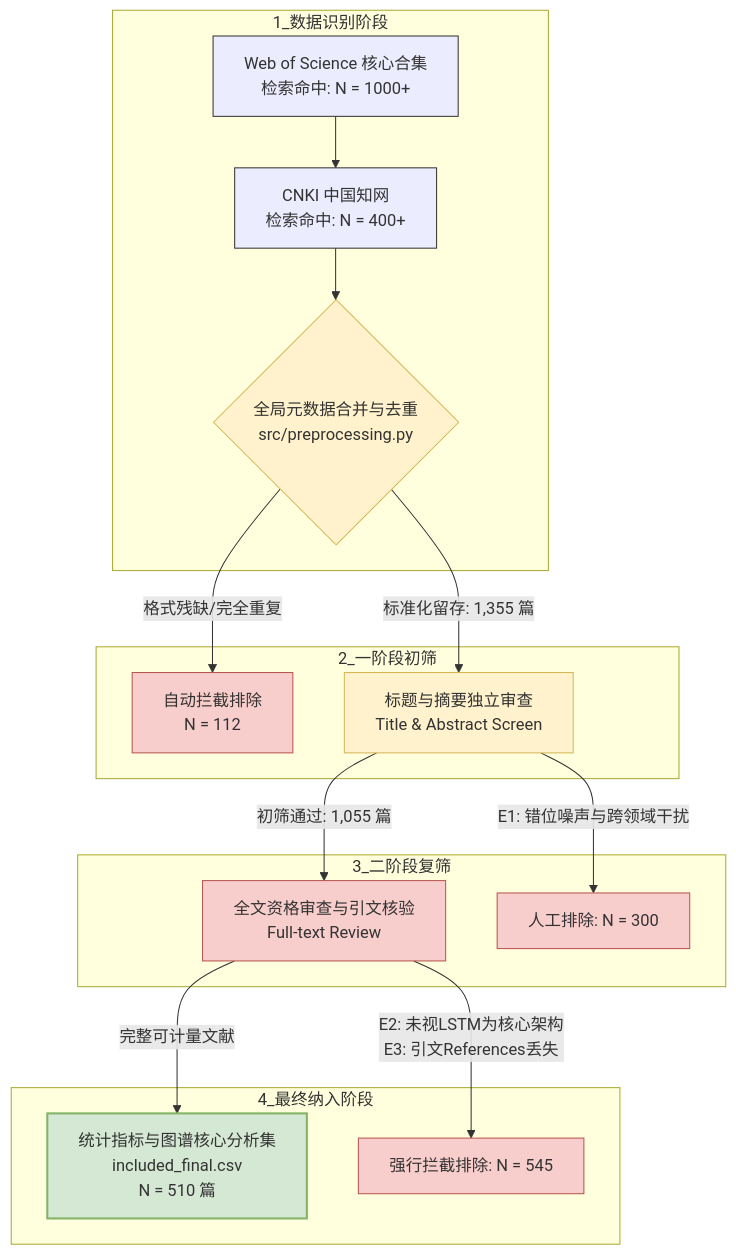
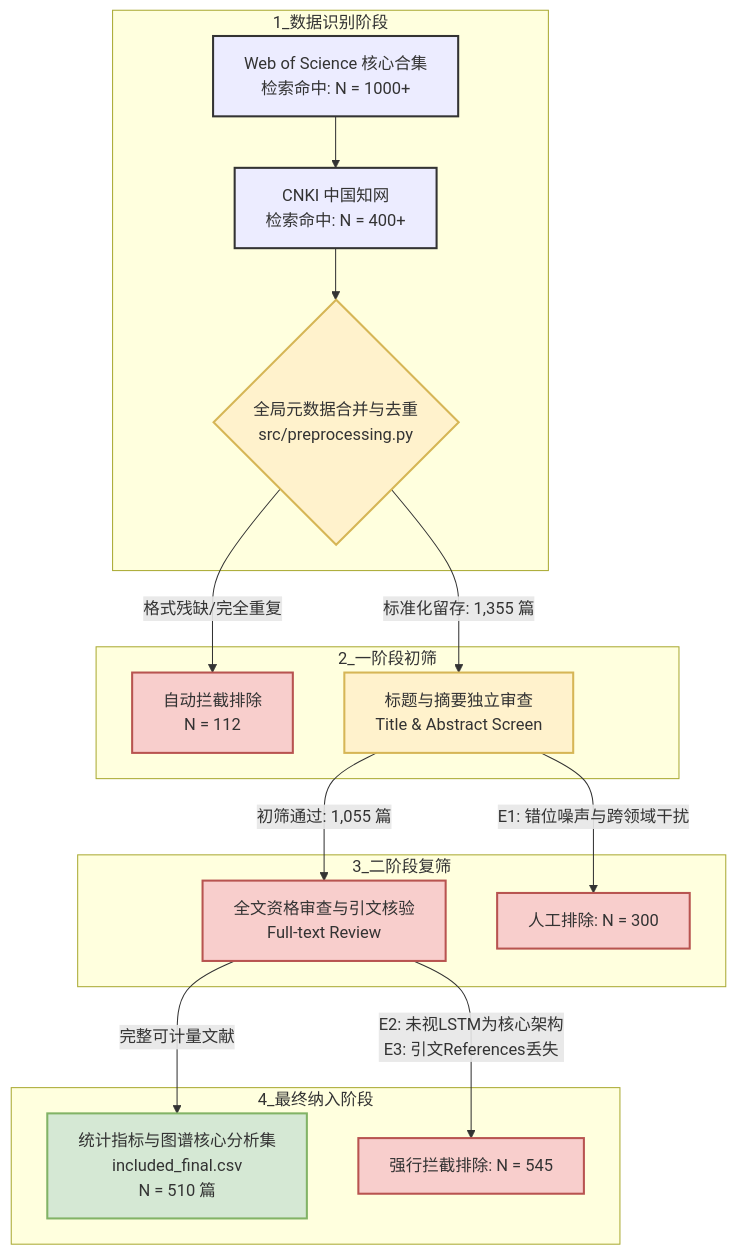
Before and after one commit to ro111Doc/EnergySys-AI-Trends: the diagram in README.md, drawn with Mermaid. The commit also changed other lines of this file, not shown here.

````diff
--- a/README.md
+++ b/README.md
@@ -146,35 +123,34 @@
 ```mermaid
 graph TD
     %% 样式定义
-    style A fill:#ececff,stroke:#333,stroke-width:1px;
-    style B fill:#ececff,stroke:#333,stroke-width:1px;
-    style C fill:#fff2cc,stroke:#d6b656,stroke-width:1px;
-    style D fill:#f8cecc,stroke:#b85450,stroke-width:1px;
-    style E fill:#fff2cc,stroke:#d6b656,stroke-width:1px;
-    style F fill:#f8cecc,stroke:#b85450,stroke-width:1px;
+    style A fill:#ececff,stroke:#333,stroke-width:2px;
+    style B fill:#ececff,stroke:#333,stroke-width:2px;
+    style C fill:#fff2cc,stroke:#d6b656,stroke-width:2px;
+    style D fill:#f8cecc,stroke:#b85450,stroke-width:2px;
+    style E fill:#fff2cc,stroke:#d6b656,stroke-width:2px;
+    style F fill:#f8cecc,stroke:#b85450,stroke-width:2px;
     style G fill:#d5e8d4,stroke:#82b366,stroke-width:2px;
-    style H fill:#f8cecc,stroke:#b85450,stroke-width:1px;
-    style I fill:#f8cecc,stroke:#b85450,stroke-width:1px;
+    style H fill:#f8cecc,stroke:#b85450,stroke-width:2px;
+    style I fill:#f8cecc,stroke:#b85450,stroke-width:2px;
 
     %% 流程拓扑
     subgraph Identification [1_数据识别阶段]
         A[Web of Science 核心合集<br>检索命中: N = 1000+] --> B[CNKI 中国知网<br>检索命中: N = 400+]
         B --> C{全局元数据合并与去重<br>src/preprocessing.py}
     end
 
     subgraph Screening [2_一阶段初筛]
         C -->|标准化留存: 1,355 篇| E[标题与摘要独立审查<br>Title & Abstract Screen]
         C -->|格式残缺/完全重复| D[自动拦截排除<br>N = 112]
     end
 
     subgraph Eligibility [3_二阶段复筛]
         E -->|初筛通过: 1,055 篇| F[全文资格审查与引文核验<br>Full-text Review]
         E -->|E1: 错位噪声与跨领域干扰| H[人工排除: N = 300]
     end
 
     subgraph IncludedMatrix [4_最终纳入阶段]
         F -->|完整可计量文献| G[统计指标与图谱核心分析集<br>included_final.csv<br>N = 510 篇]
         F -->|E2: 未视LSTM为核心架构<br>E3: 引文References丢失| I[强行拦截排除: N = 545]
     end
-
 ```
````
